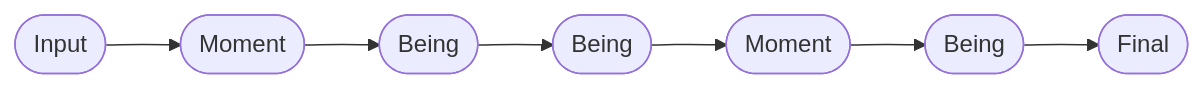
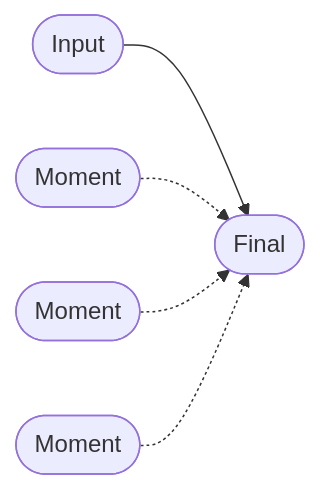
One commit to be-framework/be-demos changed the fourth of 8 diagrams in README.md. Above: the diagram before and after it, drawn with Mermaid. The commit also changed other lines of this file and 1 other file, not shown here.

First line of the commit message:
README: align pattern diagrams with patterns.json (CodeRabbit review)

````diff
--- a/README.md
+++ b/README.md
@@ -96,4 +75,7 @@
 ```mermaid
 flowchart LR
-    I([Input]) --> M1([Moment]) --> B1([Being]) --> B2([Being]) --> M2([Moment]) --> B3([Being]) --> F([Final])
+    I([Input]) --> F([Final])
+    M1([Moment]) -.-> F
+    M2([Moment]) -.-> F
+    M3([Moment]) -.-> F
 ```
````
